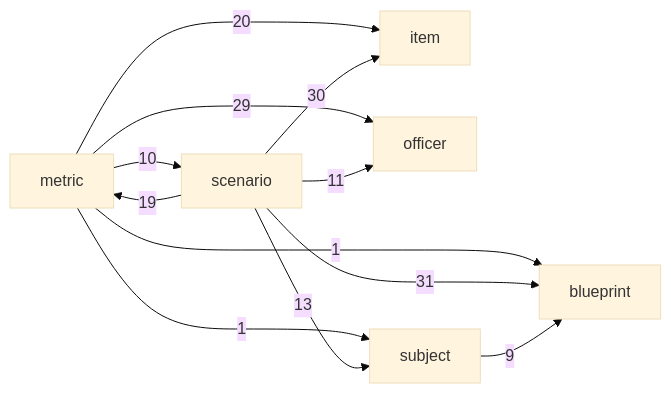
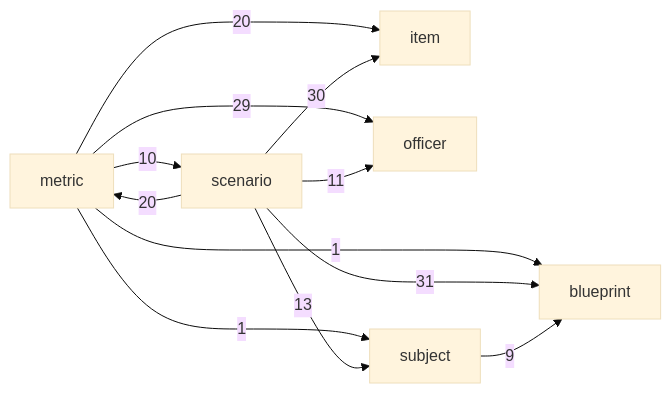
Before and after one commit to geraldmaron/tactically-idle: the diagram in docs/architecture.md, drawn with Mermaid (base theme). The commit also changed other lines of this file, not shown here.

First line of the commit message:
Regenerate the architecture doc for the gate requests

````diff
--- a/docs/architecture.md
+++ b/docs/architecture.md
@@ -40,14 +40,14 @@
 ```mermaid
 flowchart LR
   metric -->|1| blueprint
   metric -->|20| item
   metric -->|29| officer
   metric -->|10| scenario
   metric -->|1| subject
   scenario -->|31| blueprint
   scenario -->|30| item
-  scenario -->|19| metric
+  scenario -->|20| metric
   scenario -->|11| officer
   scenario -->|13| subject
   subject -->|9| blueprint
 ```
````
